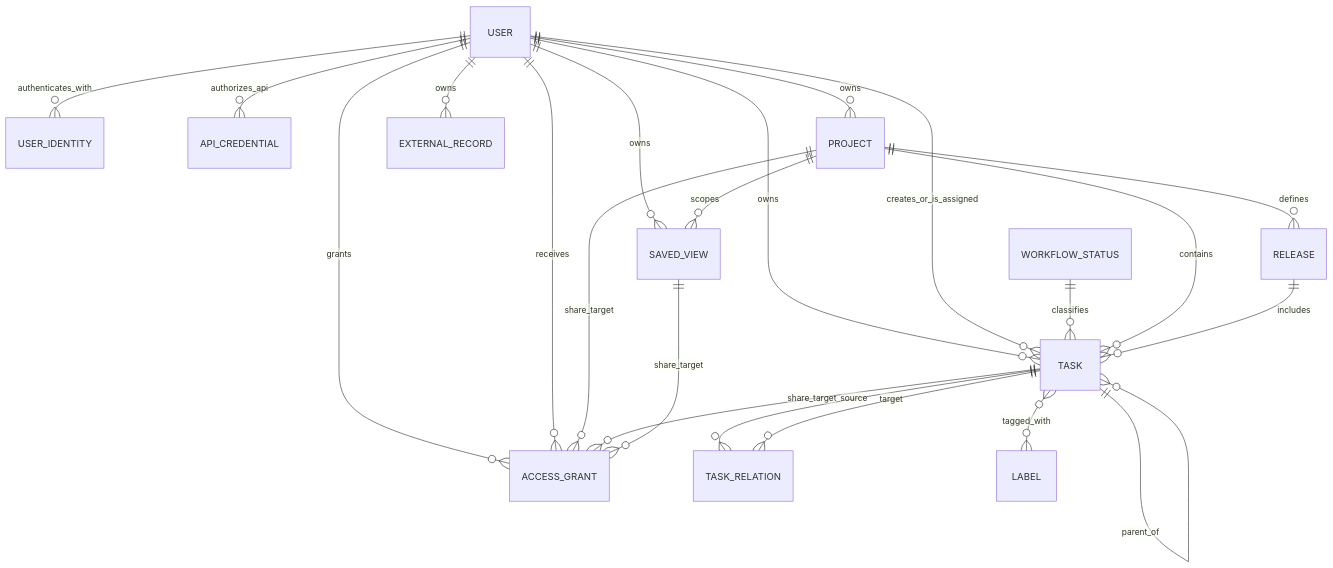
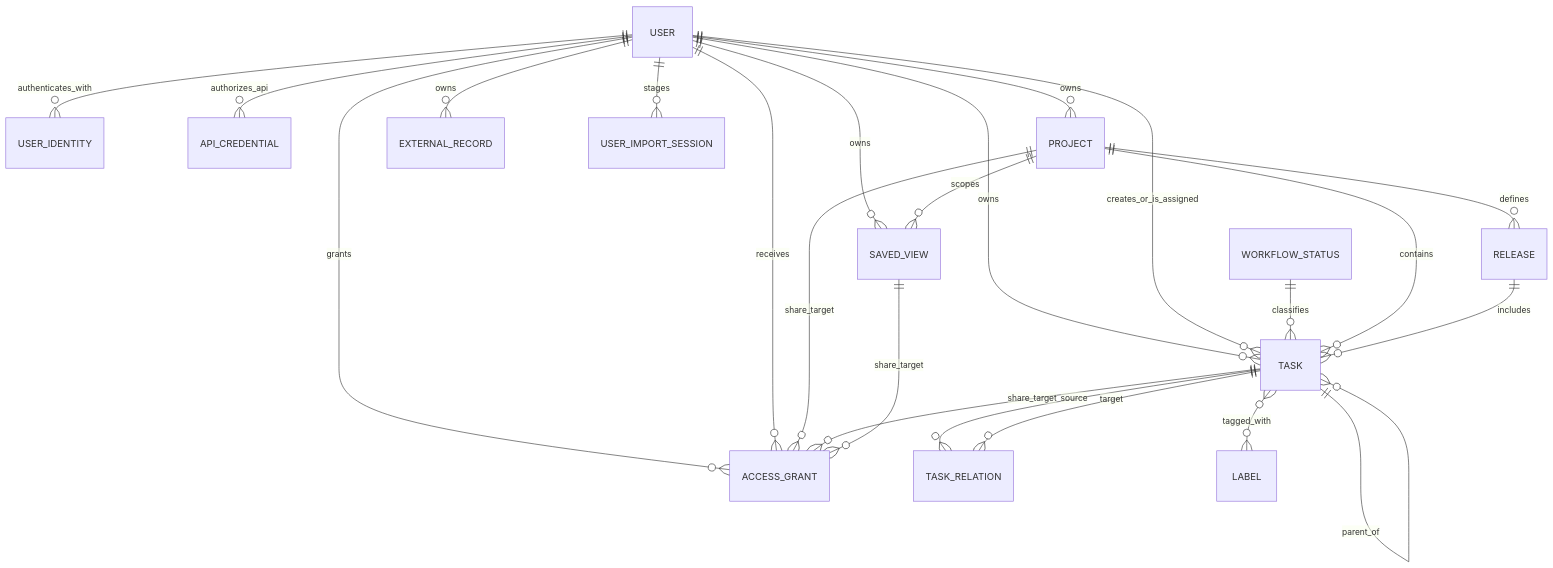
Before and after one commit to xxsrez/TaskManager: the diagram in docs/reference/domain-model.md, drawn with Mermaid. The commit also changed other lines of this file and 37 other files, not shown here.

````diff
--- a/docs/reference/domain-model.md
+++ b/docs/reference/domain-model.md
@@ -13,24 +13,25 @@
 ```mermaid
 erDiagram
     USER ||--o{ USER_IDENTITY : authenticates_with
     USER ||--o{ API_CREDENTIAL : authorizes_api
     USER ||--o{ TASK : owns
     USER ||--o{ PROJECT : owns
     USER ||--o{ SAVED_VIEW : owns
     USER ||--o{ ACCESS_GRANT : grants
     USER ||--o{ ACCESS_GRANT : receives
     USER ||--o{ TASK : creates_or_is_assigned
     WORKFLOW_STATUS ||--o{ TASK : classifies
     PROJECT ||--o{ TASK : contains
     PROJECT ||--o{ RELEASE : defines
     RELEASE ||--o{ TASK : includes
     TASK ||--o{ TASK : parent_of
     TASK ||--o{ TASK_RELATION : source
     TASK ||--o{ TASK_RELATION : target
     TASK }o--o{ LABEL : tagged_with
     USER ||--o{ EXTERNAL_RECORD : owns
     PROJECT ||--o{ SAVED_VIEW : scopes
     PROJECT ||--o{ ACCESS_GRANT : share_target
     TASK ||--o{ ACCESS_GRANT : share_target
     SAVED_VIEW ||--o{ ACCESS_GRANT : share_target
+    USER ||--o{ USER_IMPORT_SESSION : stages
 ```
````
